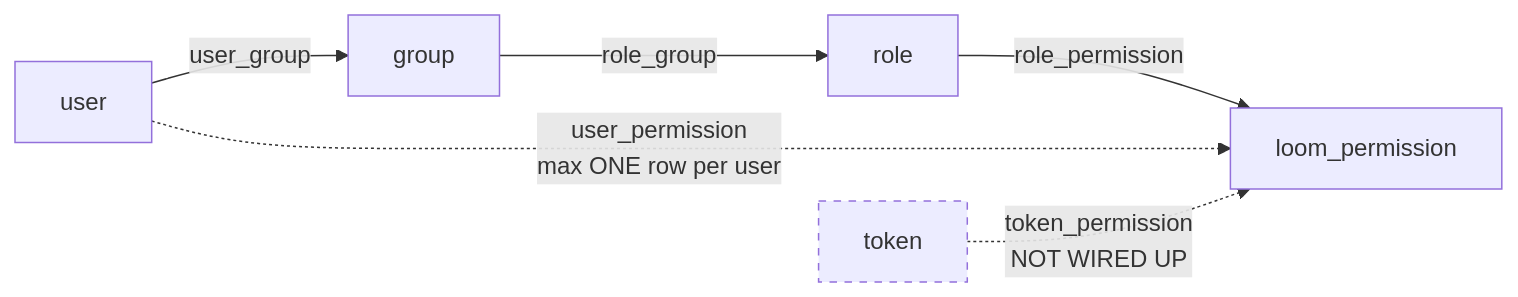
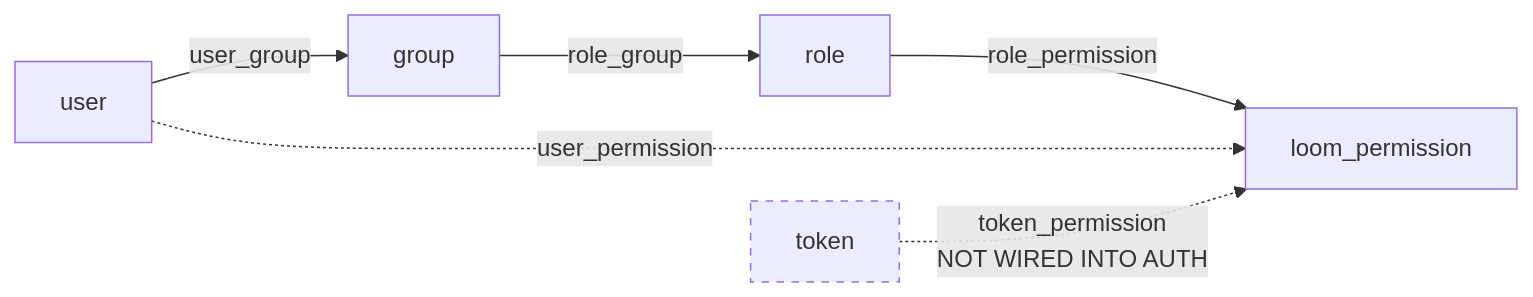
One commit to metaloom/metaloom changed the diagram in spec/features/permissions/PERMISSIONS.md. Above: the diagram before and after it, drawn with Mermaid. The commit also changed other lines of this file and 174 other files, not shown here.

````diff
--- a/spec/features/permissions/PERMISSIONS.md
+++ b/spec/features/permissions/PERMISSIONS.md
@@ -31,10 +31,10 @@
 ```mermaid
 graph LR
     U[user] -->|user_group| G[group]
     G -->|role_group| R[role]
     R -->|role_permission| P[loom_permission]
-    U -.->|user_permission<br/>max ONE row per user| P
-    T[token] -.->|token_permission<br/>NOT WIRED UP| P
+    U -.->|user_permission| P
+    T[token] -.->|token_permission<br/>NOT WIRED INTO AUTH| P
 
     style T stroke-dasharray: 5 5
 ```
````
